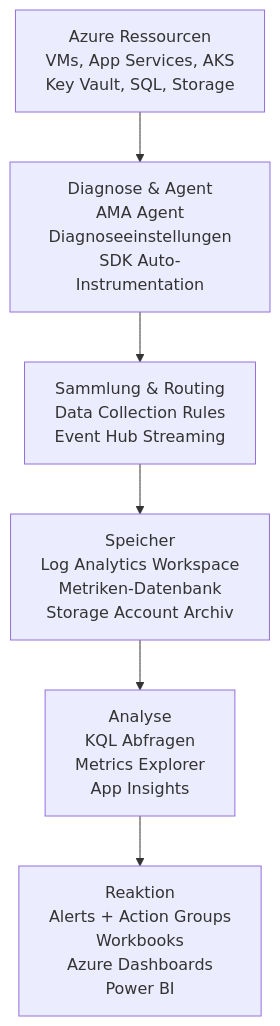
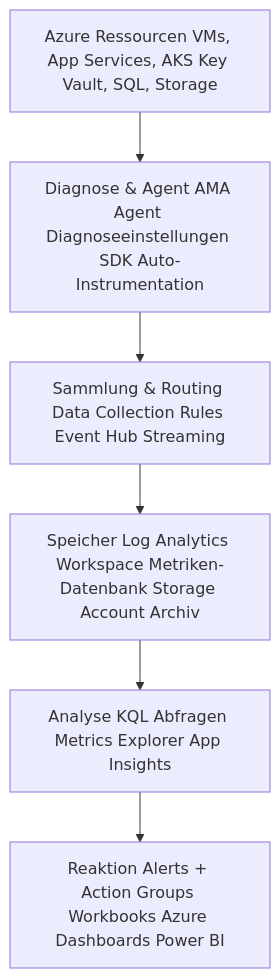
Before and after one commit to SoniiiT/notes-n-docs: the fifth of 5 diagrams in Microsoft 365/Azure/Monitor und Management/Azure Monitor Grundlagen.md, drawn with Mermaid. The commit also changed other lines of this file and 124 other files, not shown here.

First line of the commit message:
fix: Entferne \n aus allen Mermaid-Diagrammen (125 Dateien)

````diff
--- a/Microsoft 365/Azure/Monitor und Management/Azure Monitor Grundlagen.md
+++ b/Microsoft 365/Azure/Monitor und Management/Azure Monitor Grundlagen.md
@@ -376,15 +376,15 @@
 ```mermaid
 graph TD
-    Tier1["Azure Ressourcen\nVMs, App Services, AKS\nKey Vault, SQL, Storage"]
-    Tier2["Diagnose & Agent\nAMA Agent\nDiagnoseeinstellungen\nSDK Auto-Instrumentation"]
-    Tier3["Sammlung & Routing\nData Collection Rules\nEvent Hub Streaming"]
-    Tier4["Speicher\nLog Analytics Workspace\nMetriken-Datenbank\nStorage Account Archiv"]
-    Tier5["Analyse\nKQL Abfragen\nMetrics Explorer\nApp Insights"]
-    Tier6["Reaktion\nAlerts + Action Groups\nWorkbooks\nAzure Dashboards\nPower BI"]
+    Tier1["Azure Ressourcen VMs, App Services, AKS Key Vault, SQL, Storage"]
+    Tier2["Diagnose & Agent AMA Agent Diagnoseeinstellungen SDK Auto-Instrumentation"]
+    Tier3["Sammlung & Routing Data Collection Rules Event Hub Streaming"]
+    Tier4["Speicher Log Analytics Workspace Metriken-Datenbank Storage Account Archiv"]
+    Tier5["Analyse KQL Abfragen Metrics Explorer App Insights"]
+    Tier6["Reaktion Alerts + Action Groups Workbooks Azure Dashboards Power BI"]
 
     Tier1 --> Tier2
     Tier2 --> Tier3
     Tier3 --> Tier4
     Tier4 --> Tier5
     Tier5 --> Tier6
 ```
````
